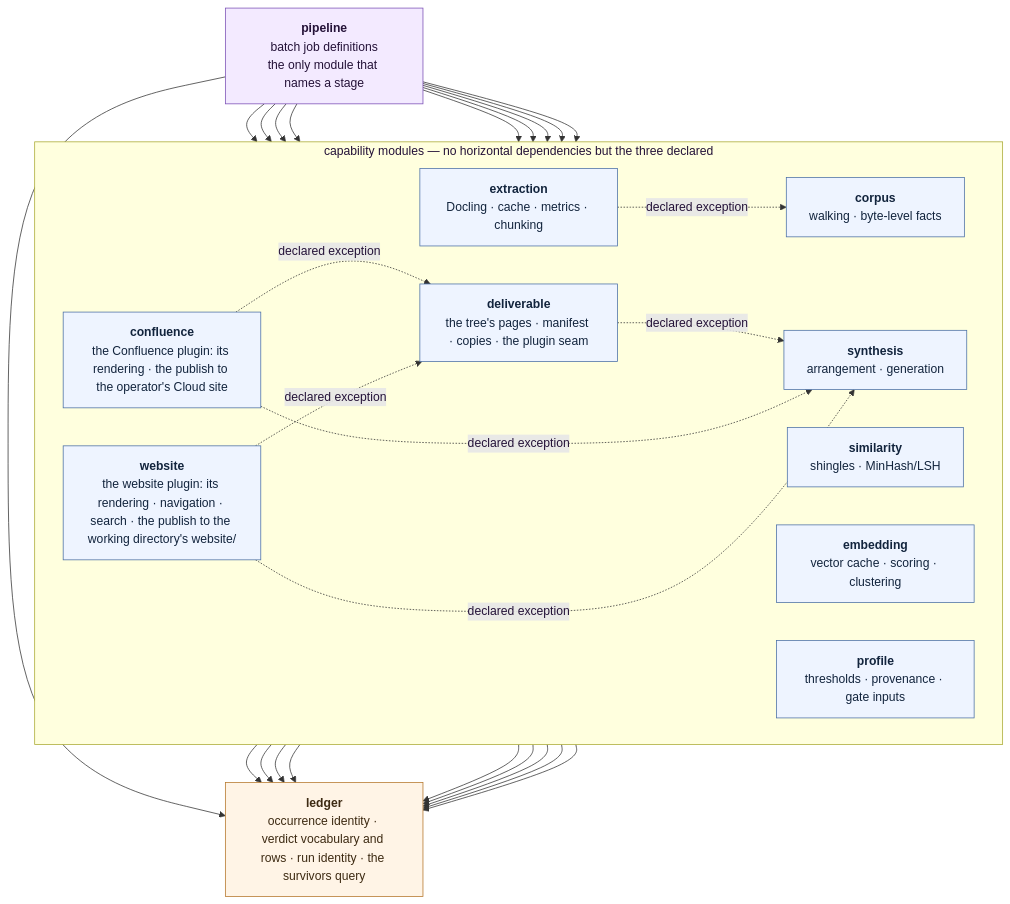
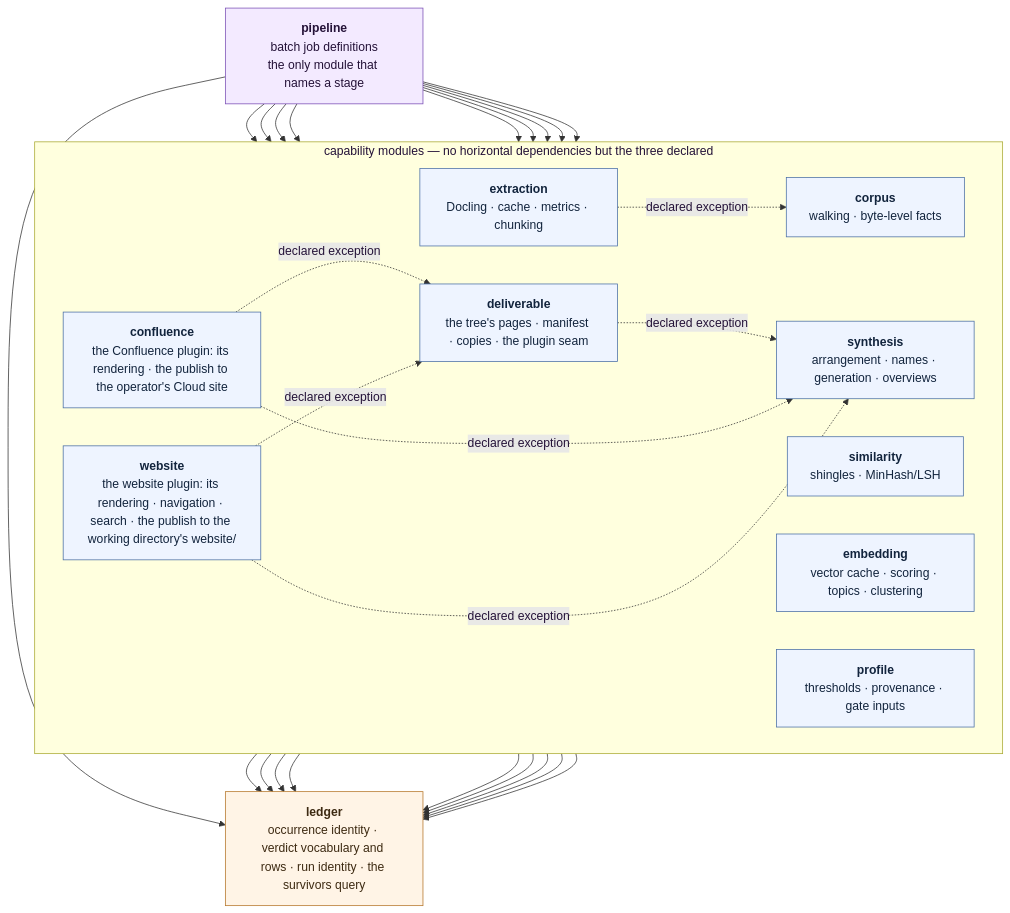
Before and after one commit to algernon28/vespera: the fourth of 6 diagrams in docs/architecture.md, drawn with Mermaid. The commit also changed other lines of this file and 6 other files, not shown here.

````diff
--- a/docs/architecture.md
+++ b/docs/architecture.md
@@ -194,53 +197,53 @@
 ```mermaid
 flowchart TD
     PIPELINE["<b>pipeline</b><br/>batch job definitions<br/>the only module that names a stage"]
 
     subgraph CAPABILITIES["capability modules — no horizontal dependencies but the three declared"]
         direction LR
         CORPUS["<b>corpus</b><br/>walking · byte-level facts"]
         EXTRACTION["<b>extraction</b><br/>Docling · cache · metrics · chunking"]
         SIMILARITY["<b>similarity</b><br/>shingles · MinHash/LSH"]
-        EMBEDDING["<b>embedding</b><br/>vector cache · scoring · clustering"]
-        SYNTHESIS["<b>synthesis</b><br/>arrangement · generation"]
+        EMBEDDING["<b>embedding</b><br/>vector cache · scoring · topics · clustering"]
+        SYNTHESIS["<b>synthesis</b><br/>arrangement · names · generation · overviews"]
         PROFILE["<b>profile</b><br/>thresholds · provenance · gate inputs"]
         DELIVERABLE["<b>deliverable</b><br/>the tree's pages · manifest · copies · the plugin seam"]
         CONFLUENCE["<b>confluence</b><br/>the Confluence plugin: its rendering · the publish to the operator's Cloud site"]
         WEBSITE["<b>website</b><br/>the website plugin: its rendering · navigation · search · the publish to the working directory's website/"]
     end
 
     LEDGER["<b>ledger</b><br/>occurrence identity · verdict vocabulary and rows · run identity · the survivors query"]
 
     PIPELINE --> CORPUS
     PIPELINE --> EXTRACTION
     PIPELINE --> SIMILARITY
     PIPELINE --> EMBEDDING
     PIPELINE --> SYNTHESIS
     PIPELINE --> PROFILE
     PIPELINE --> DELIVERABLE
     PIPELINE --> CONFLUENCE
     PIPELINE --> WEBSITE
     PIPELINE --> LEDGER
 
     CORPUS --> LEDGER
     EXTRACTION --> LEDGER
     SIMILARITY --> LEDGER
     EMBEDDING --> LEDGER
     SYNTHESIS --> LEDGER
     PROFILE --> LEDGER
     DELIVERABLE --> LEDGER
     CONFLUENCE --> LEDGER
     WEBSITE --> LEDGER
     DELIVERABLE -. declared exception .-> SYNTHESIS
     CONFLUENCE -. declared exception .-> DELIVERABLE
     CONFLUENCE -. declared exception .-> SYNTHESIS
     WEBSITE -. declared exception .-> DELIVERABLE
     WEBSITE -. declared exception .-> SYNTHESIS
     EXTRACTION -. declared exception .-> CORPUS
 
     classDef root fill:#f3eaff,stroke:#7a4fb5,color:#241238
     classDef cap fill:#eef4ff,stroke:#4a6fa5,color:#12243d
     classDef core fill:#fff4e6,stroke:#b5762a,color:#3d2a12
     class PIPELINE root
     class CORPUS,EXTRACTION,SIMILARITY,EMBEDDING,SYNTHESIS,PROFILE,DELIVERABLE,CONFLUENCE,WEBSITE cap
     class LEDGER core
 ```
````
